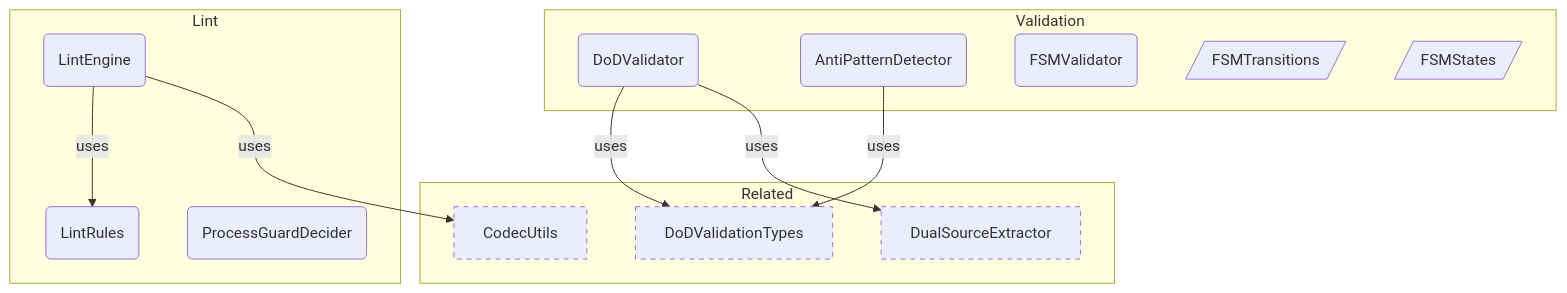
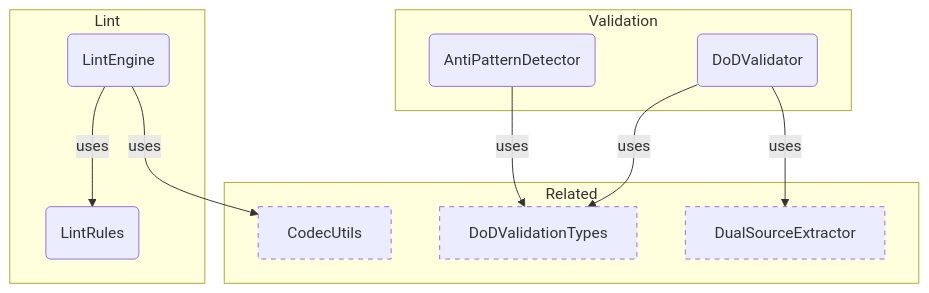
Before and after one commit to libar-dev/architect: the diagram in docs-live/product-areas/VALIDATION.md, drawn with Mermaid. The commit also changed 90 other files, not shown here.

````diff
--- a/docs-live/product-areas/VALIDATION.md
+++ b/docs-live/product-areas/VALIDATION.md
@@ -22,26 +22,22 @@
 ```mermaid
 graph TB
     subgraph lint["Lint"]
         LintRules("LintRules")
         LintEngine("LintEngine")
-        ProcessGuardDecider("ProcessGuardDecider")
     end
     subgraph validation["Validation"]
         DoDValidator("DoDValidator")
         AntiPatternDetector("AntiPatternDetector")
-        FSMValidator("FSMValidator")
-        FSMTransitions[/"FSMTransitions"/]
-        FSMStates[/"FSMStates"/]
     end
     subgraph related["Related"]
+        CodecUtils["CodecUtils"]:::neighbor
         DoDValidationTypes["DoDValidationTypes"]:::neighbor
-        CodecUtils["CodecUtils"]:::neighbor
         DualSourceExtractor["DualSourceExtractor"]:::neighbor
     end
     DoDValidator -->|uses| DoDValidationTypes
     DoDValidator -->|uses| DualSourceExtractor
     AntiPatternDetector -->|uses| DoDValidationTypes
     LintEngine -->|uses| LintRules
     LintEngine -->|uses| CodecUtils
     classDef neighbor stroke-dasharray: 5 5
 ```
````
